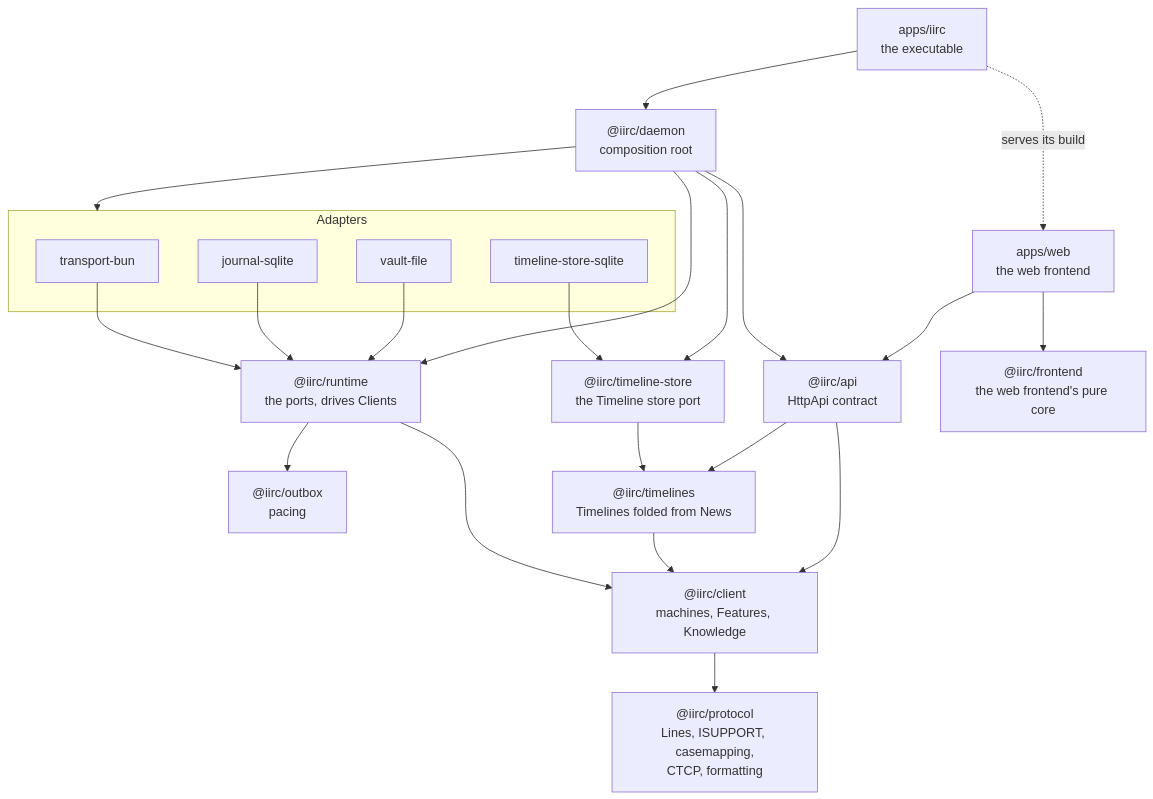
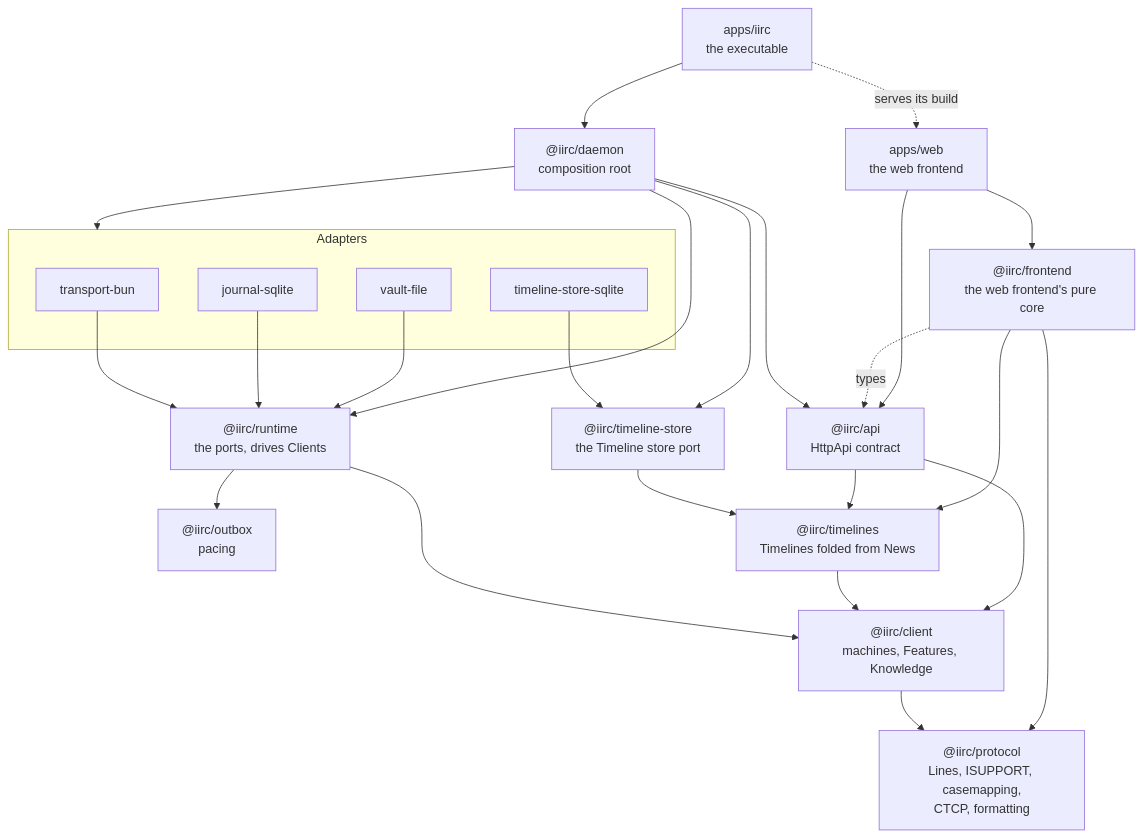
Before and after one commit to deankerr/iirc: the second of 5 diagrams in docs/architecture.md, drawn with Mermaid. The commit also changed other lines of this file and 50 other files, not shown here.

First line of the commit message:
Read Timelines live in the web frontend

````diff
--- a/docs/architecture.md
+++ b/docs/architecture.md
@@ -64,33 +64,35 @@
 ```mermaid
 flowchart TB
   protocol["@iirc/protocol<br/>Lines, ISUPPORT, casemapping,<br/>CTCP, formatting"]
   client["@iirc/client<br/>machines, Features, Knowledge"]
   outbox["@iirc/outbox<br/>pacing"]
   timelines["@iirc/timelines<br/>Timelines folded from News"]
   store["@iirc/timeline-store<br/>the Timeline store port"]
   runtime["@iirc/runtime<br/>the ports, drives Clients"]
   api["@iirc/api<br/>HttpApi contract"]
   daemon["@iirc/daemon<br/>composition root"]
   app["apps/iirc<br/>the executable"]
   frontend["@iirc/frontend<br/>the web frontend's pure core"]
   web["apps/web<br/>the web frontend"]
 
   subgraph adapters["Adapters"]
     tbun["transport-bun"]
     jsql["journal-sqlite"]
     vfile["vault-file"]
     tsql["timeline-store-sqlite"]
   end
 
   client --> protocol
   runtime --> client & outbox
   timelines --> client
   store --> timelines
   tbun & jsql & vfile --> runtime
   tsql --> store
   api --> client & timelines
   daemon --> api & runtime & store & adapters
   app --> daemon
+  frontend --> protocol & timelines
+  frontend -.->|"types"| api
   web --> api & frontend
   app -.->|"serves its build"| web
 ```
````
